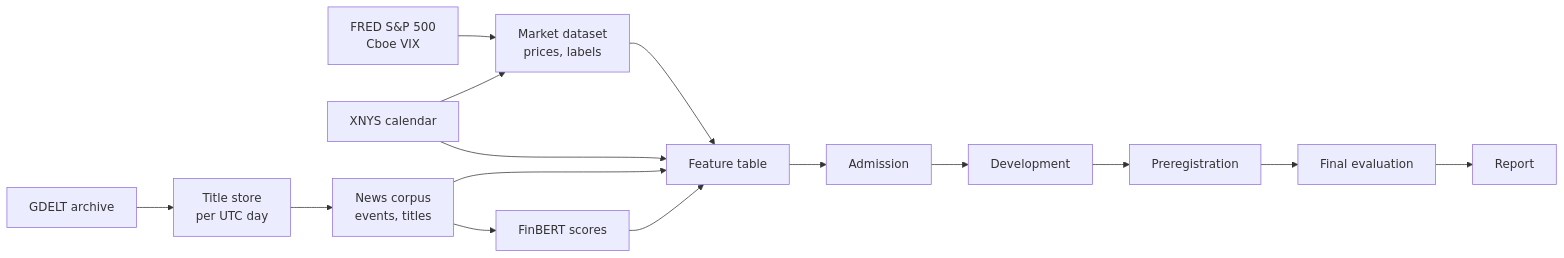
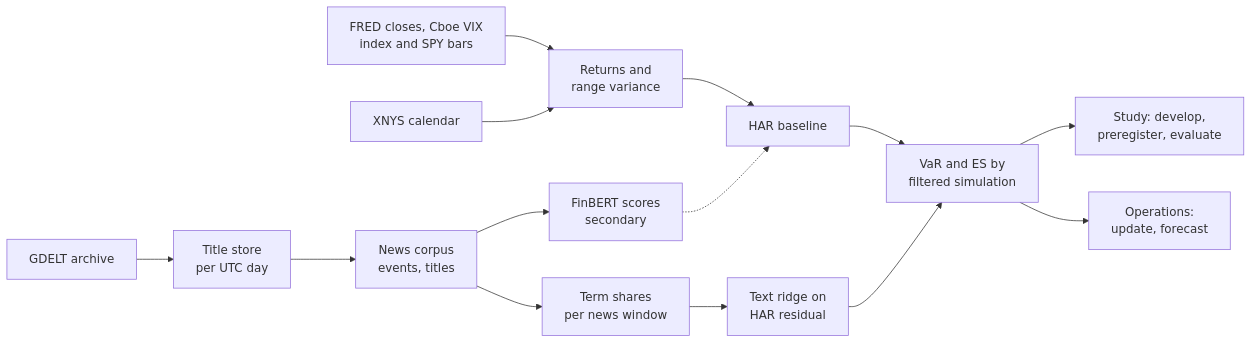
Before and after one commit to thaitri2005/Financial-News-Augmented-VaR-Forecasting: the diagram in docs/architecture.md, drawn with Mermaid. The commit also changed other lines of this file and 12 other files, not shown here.

First line of the commit message:
docs: report, results and methodology for the volatility study

````diff
--- a/docs/architecture.md
+++ b/docs/architecture.md
@@ -7,17 +7,16 @@
 ```mermaid
 flowchart LR
-    A[FRED S&P 500<br/>Cboe VIX] --> B[Market dataset<br/>prices, labels]
+    A[FRED closes, Cboe VIX<br/>index and SPY bars] --> B[Returns and<br/>range variance]
     C[XNYS calendar] --> B
     D[GDELT archive] --> E[Title store<br/>per UTC day]
     E --> F[News corpus<br/>events, titles]
-    F --> G[FinBERT scores]
-    B --> H[Feature table]
-    C --> H
-    F --> H
-    G --> H
-    H --> I[Admission]
-    I --> J[Development]
-    J --> K[Preregistration]
-    K --> L[Final evaluation]
-    L --> M[Report]
+    F --> T[Term shares<br/>per news window]
+    F --> G[FinBERT scores<br/>secondary]
+    B --> H[HAR baseline]
+    T --> R[Text ridge on<br/>HAR residual]
+    H --> V[VaR and ES by<br/>filtered simulation]
+    R --> V
+    G -.-> H
+    V --> S[Study: develop,<br/>preregister, evaluate]
+    V --> O[Operations:<br/>update, forecast]
 ```
````
